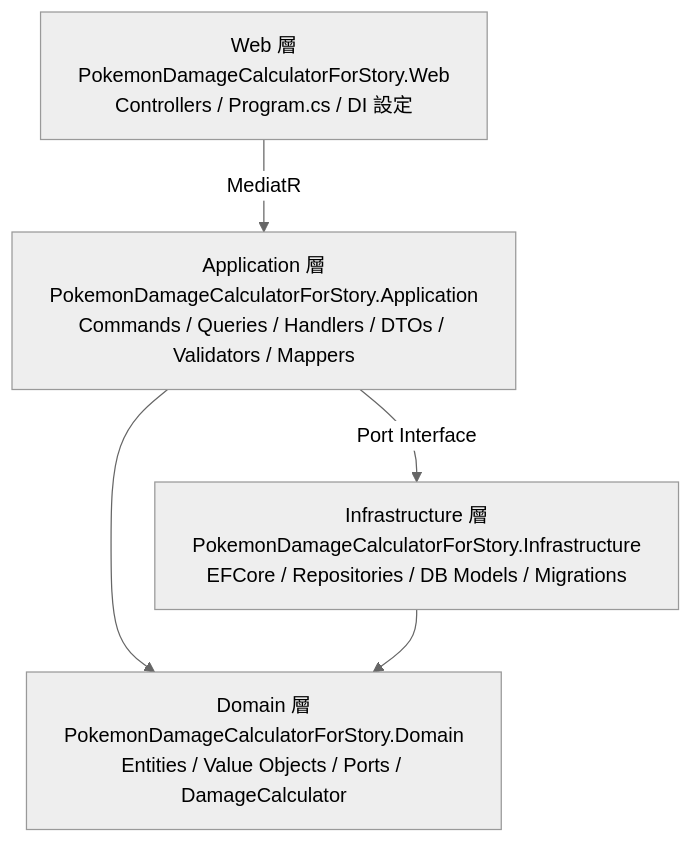
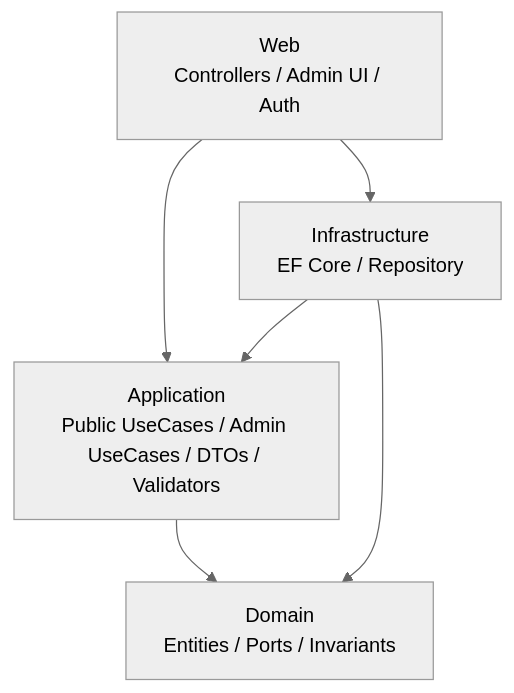
The first of 3 diagrams in docs/design/architecture-overview.md (p-o-ke-nae/pokemondamagecalculatorforstory), drawn with Mermaid (neutral theme) before and after one commit. The commit also changed other lines of this file and 67 other files, not shown here.

````diff
--- a/docs/design/architecture-overview.md
+++ b/docs/design/architecture-overview.md
@@ -32,12 +30,13 @@
 ```mermaid
 graph TD
-    Web["Web 層<br/>PokemonDamageCalculatorForStory.Web<br/>Controllers / Program.cs / DI 設定"]
-    App["Application 層<br/>PokemonDamageCalculatorForStory.Application<br/>Commands / Queries / Handlers / DTOs / Validators / Mappers"]
-    Infra["Infrastructure 層<br/>PokemonDamageCalculatorForStory.Infrastructure<br/>EFCore / Repositories / DB Models / Migrations"]
-    Domain["Domain 層<br/>PokemonDamageCalculatorForStory.Domain<br/>Entities / Value Objects / Ports / DamageCalculator"]
+    Web["Web<br/>Controllers / Admin UI / Auth"]
+    App["Application<br/>Public UseCases / Admin UseCases / DTOs / Validators"]
+    Infra["Infrastructure<br/>EF Core / Repository"]
+    Domain["Domain<br/>Entities / Ports / Invariants"]
 
-    Web -->|MediatR| App
-    App -->|Port Interface| Infra
+    Web --> App
+    Web --> Infra
     App --> Domain
+    Infra --> App
     Infra --> Domain
 ```
````
